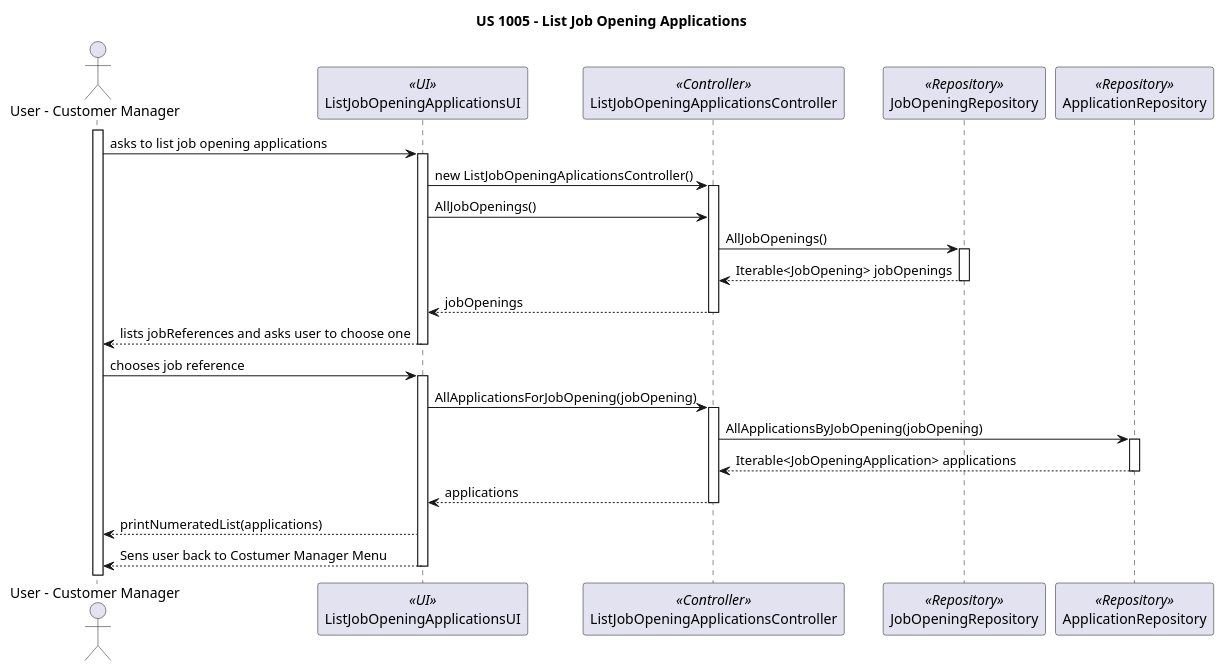
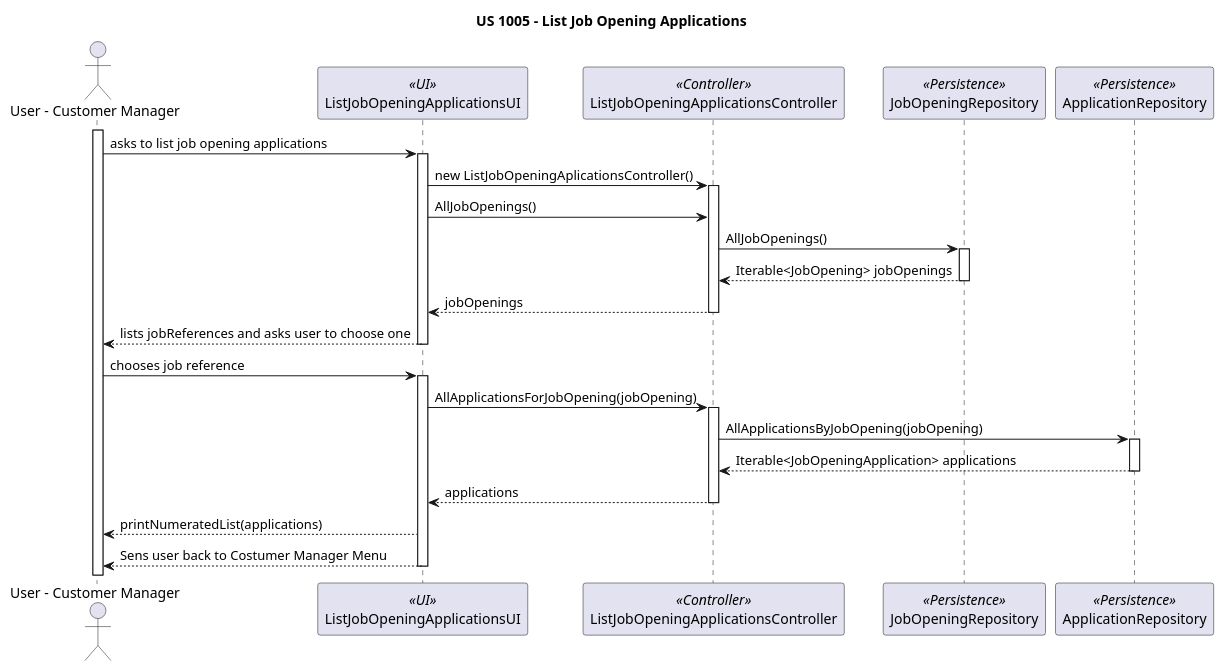
The diagram in docs/sprintB/1005/puml/1005-sequence-diagram.puml (marcoferreira37/Lapr4), drawn with PlantUML before and after one commit. The commit also changed 19 other files, not shown here.

```diff
--- a/docs/sprintB/1005/puml/1005-sequence-diagram.puml
+++ b/docs/sprintB/1005/puml/1005-sequence-diagram.puml
@@ -2,61 +2,61 @@
 @startuml
 
 title US 1005 - List Job Opening Applications
 
 actor "User - Customer Manager" as User
 
 participant "ListJobOpeningApplicationsUI" as UI <<UI>>
 participant "ListJobOpeningApplicationsController" as Controller <<Controller>>
-participant "JobOpeningRepository" as Repository <<Repository>>
-participant "ApplicationRepository" as ApplicationRepository <<Repository>>
+participant "JobOpeningRepository" as Repository <<Persistence>>
+participant "ApplicationRepository" as ApplicationRepository <<Persistence>>
 
 
 
 activate User
 
 User -> UI: asks to list job opening applications
 
 activate UI
 
 UI -> Controller: new ListJobOpeningAplicationsController()
     activate Controller
 UI -> Controller:AllJobOpenings()
 Controller -> Repository: AllJobOpenings()
 
     activate Repository
 
     Repository --> Controller: Iterable<JobOpening> jobOpenings
 
     deactivate Repository
 
     Controller --> UI: jobOpenings
 
     deactivate Controller
     UI --> User: lists jobReferences and asks user to choose one
 deactivate UI
 
 User -> UI: chooses job reference
 
 activate UI
 
     UI -> Controller: AllApplicationsForJobOpening(jobOpening)
 
     activate Controller
 
 
 Controller -> ApplicationRepository: AllApplicationsByJobOpening(jobOpening)
 activate ApplicationRepository
 
 ApplicationRepository --> Controller:   Iterable<JobOpeningApplication> applications
 
 deactivate ApplicationRepository
 Controller --> UI: applications
 deactivate Controller
 
 UI --> User: printNumeratedList(applications)
 
 UI --> User : Sens user back to Costumer Manager Menu
 
 deactivate UI
 
 @enduml
```
